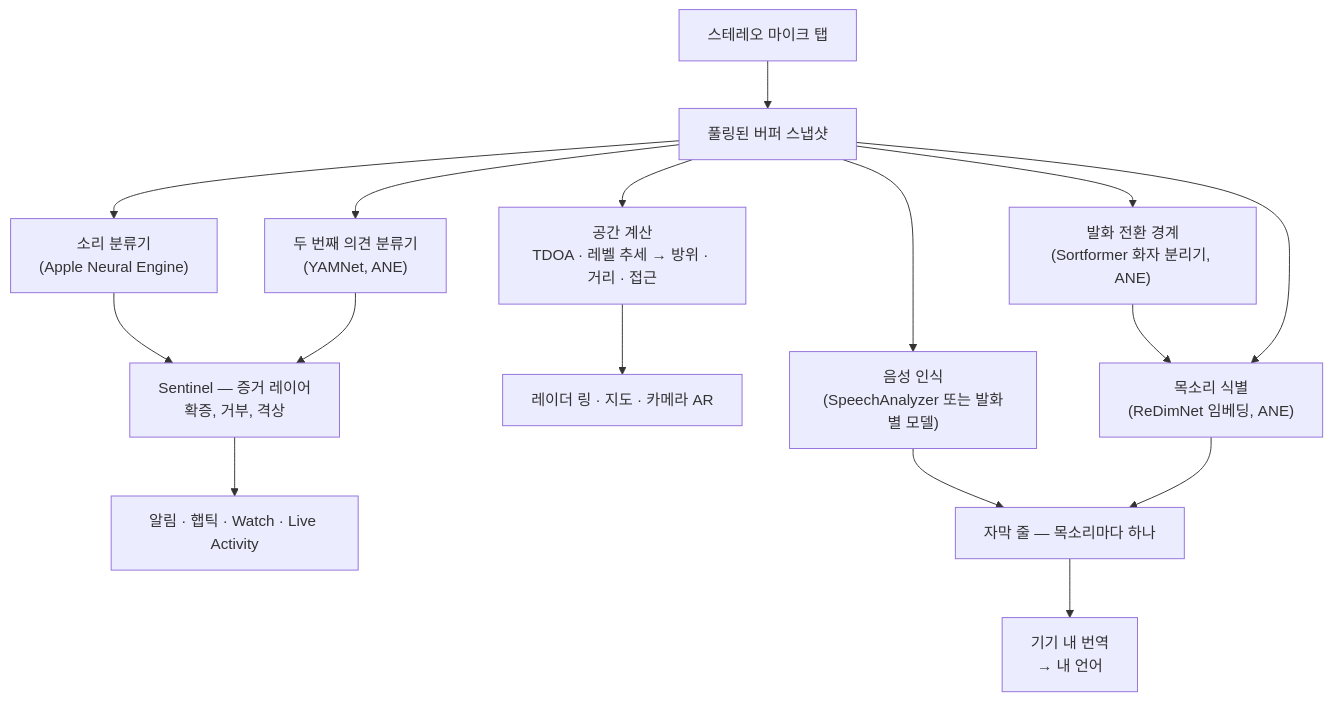
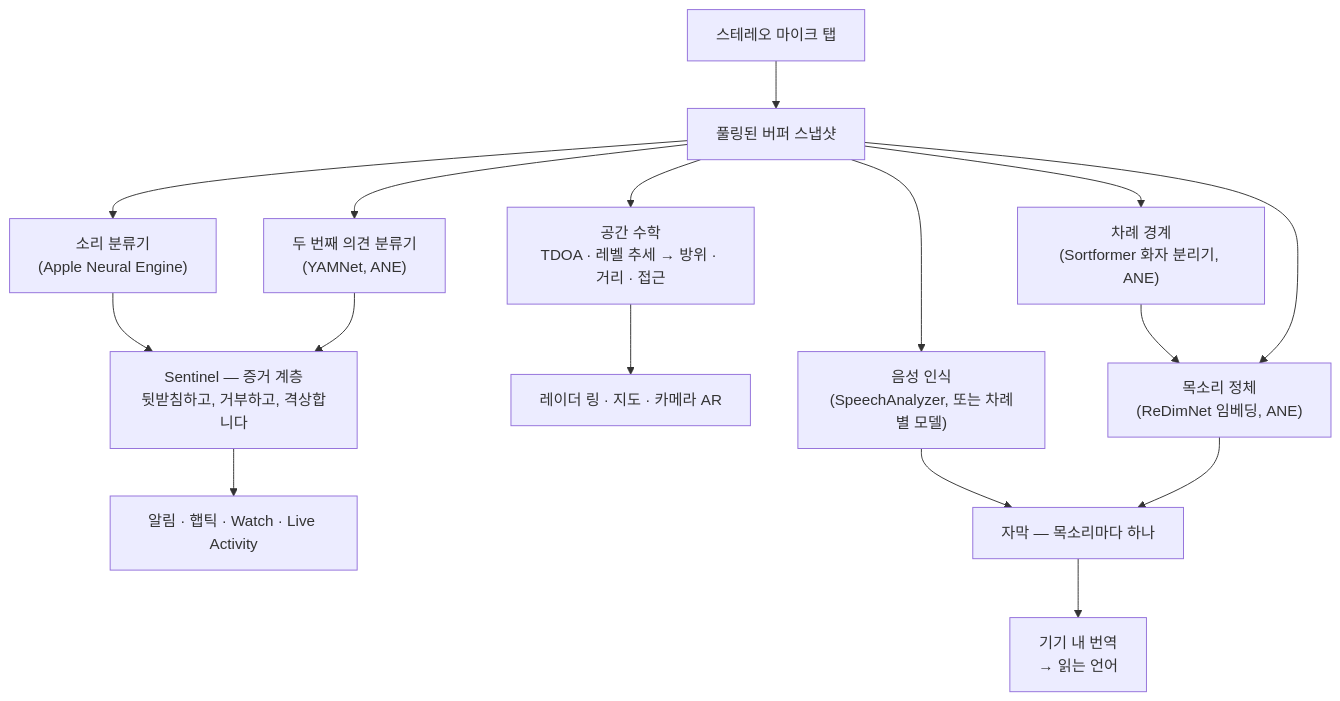
Before and after one commit to rpalm01-star/VigilantEarLegal: the second of 4 diagrams in README_ko.md, drawn with Mermaid. The commit also changed other lines of this file and 14 other files, not shown here.

````diff
--- a/README_ko.md
+++ b/README_ko.md
@@ -145,18 +164,18 @@
 ```mermaid
 graph TD
     A["스테레오 마이크 탭"] --> B["풀링된 버퍼 스냅샷"]
     B --> C["소리 분류기<br/>(Apple Neural Engine)"]
     B --> Y["두 번째 의견 분류기<br/>(YAMNet, ANE)"]
-    C --> S["Sentinel — 증거 레이어<br/>확증, 거부, 격상"]
+    C --> S["Sentinel — 증거 계층<br/>뒷받침하고, 거부하고, 격상합니다"]
     Y --> S
     S --> H["알림 · 햅틱 · Watch · Live Activity"]
-    B --> D["공간 계산<br/>TDOA · 레벨 추세 → 방위 · 거리 · 접근"]
+    B --> D["공간 수학<br/>TDOA · 레벨 추세 → 방위 · 거리 · 접근"]
     D --> R["레이더 링 · 지도 · 카메라 AR"]
-    B --> F["음성 인식<br/>(SpeechAnalyzer 또는 발화별 모델)"]
-    B --> N["발화 전환 경계<br/>(Sortformer 화자 분리기, ANE)"]
-    N --> E["목소리 식별<br/>(ReDimNet 임베딩, ANE)"]
+    B --> F["음성 인식<br/>(SpeechAnalyzer, 또는 차례별 모델)"]
+    B --> N["차례 경계<br/>(Sortformer 화자 분리기, ANE)"]
+    N --> E["목소리 정체<br/>(ReDimNet 임베딩, ANE)"]
     B --> E
-    F --> G["자막 줄 — 목소리마다 하나"]
+    F --> G["자막 — 목소리마다 하나"]
     E --> G
-    G --> T["기기 내 번역<br/>→ 내 언어"]
+    G --> T["기기 내 번역<br/>→ 읽는 언어"]
 ```
````
